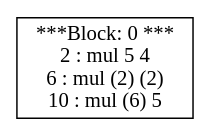
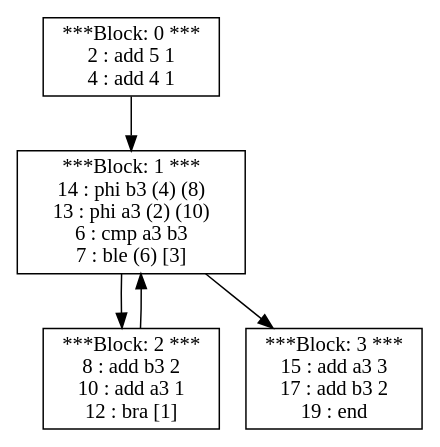
Before and after one commit to vigneshjathavara/PL241-Compiler: the diagram in src/Display/dotOutput.gv, drawn with Graphviz. The commit also changed 18 other files, not shown here.

```diff
--- a/src/Display/dotOutput.gv
+++ b/src/Display/dotOutput.gv
@@ -1,4 +1,11 @@
 digraph structs {
-0 [shape=record,label="***Block: 0 ***\n2 : mul 5 4 \n6 : mul (2) (2) \n10 : mul (6) 5 \n"]
+0 [shape=record,label="***Block: 0 ***\n2 : add 5 1 \n4 : add 4 1 \n"]
+1 [shape=record,label="***Block: 1 ***\n14 : phi b3 (4) (8) \n13 : phi a3 (2) (10) \n6 : cmp a3 b3 \n7 : ble (6) [3]\n"]
+2 [shape=record,label="***Block: 2 ***\n8 : add b3 2 \n10 : add a3 1 \n12 : bra [1]\n"]
+3 [shape=record,label="***Block: 3 ***\n15 : add a3 3 \n17 : add b3 2 \n19 : end \n"]
+0 -> 1;
+1 -> 2;
+2 -> 1;
+1 -> 3;
 
 }
```
